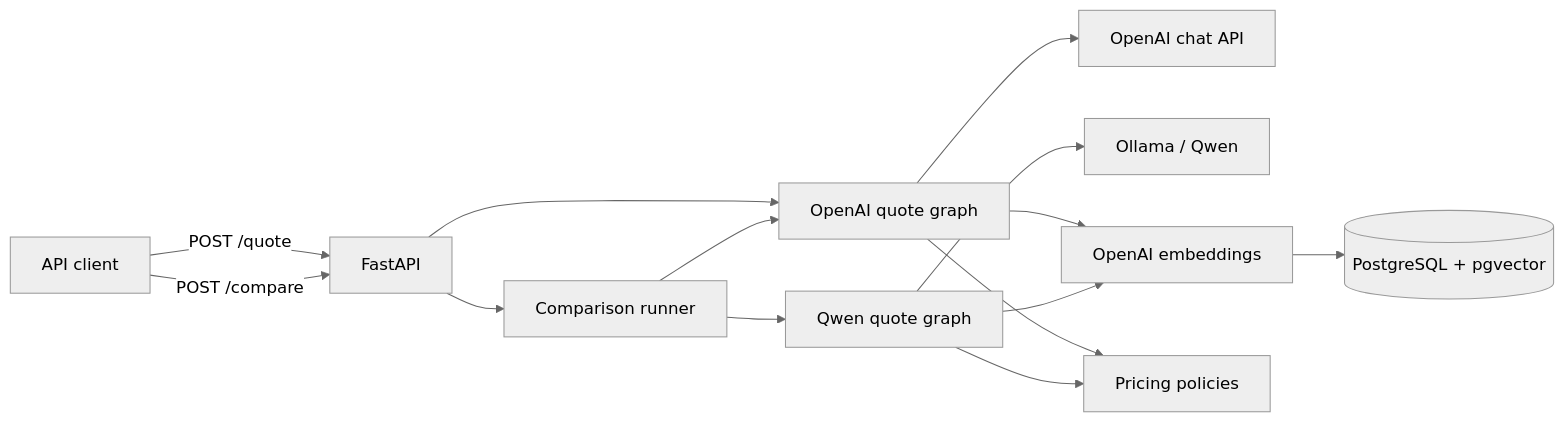
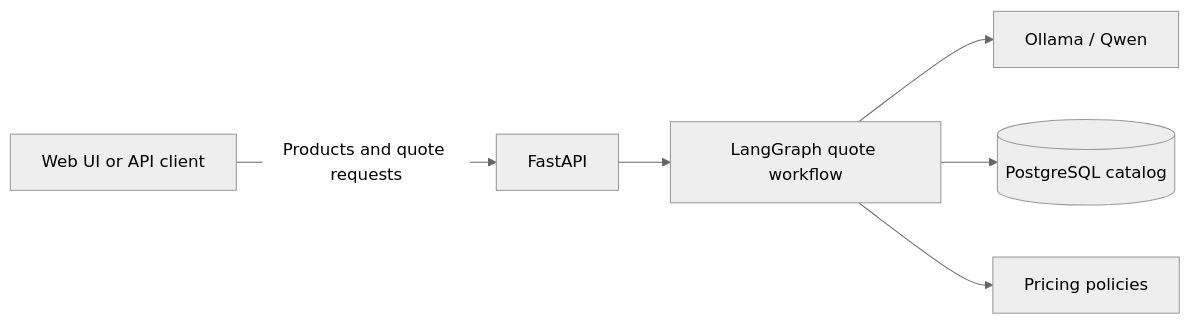
Before and after one commit to Nicolas-Arsenault/QuoteBench: the first of 2 diagrams in docs/architecture.md, drawn with Mermaid (neutral theme). The commit also changed other lines of this file and 9 other files, not shown here.

````diff
--- a/docs/architecture.md
+++ b/docs/architecture.md
@@ -13,27 +11,15 @@
 ```mermaid
 flowchart LR
-    Client[API client]
+    Client[Web UI or API client]
     API[FastAPI]
-    Compare[Comparison runner]
-    OpenAIGraph[OpenAI quote graph]
-    QwenGraph[Qwen quote graph]
-    OpenAI[OpenAI chat API]
-    Ollama[Ollama / Qwen]
-    Embeddings[OpenAI embeddings]
-    PG[(PostgreSQL + pgvector)]
+    Graph[LangGraph quote workflow]
+    Qwen[Ollama / Qwen]
+    PG[(PostgreSQL catalog)]
     Policies[Pricing policies]
 
-    Client -->|POST /quote| API
-    Client -->|POST /compare| API
-    API --> OpenAIGraph
-    API --> Compare
-    Compare --> OpenAIGraph
-    Compare --> QwenGraph
-    OpenAIGraph --> OpenAI
-    QwenGraph --> Ollama
-    OpenAIGraph --> Embeddings
-    QwenGraph --> Embeddings
-    Embeddings --> PG
-    OpenAIGraph --> Policies
-    QwenGraph --> Policies
+    Client -->|Products and quote requests| API
+    API --> Graph
+    Graph --> Qwen
+    Graph --> PG
+    Graph --> Policies
 ```
````
